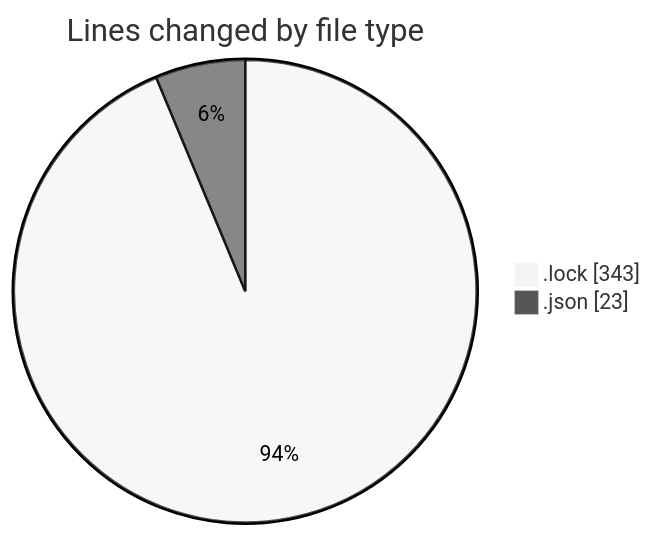
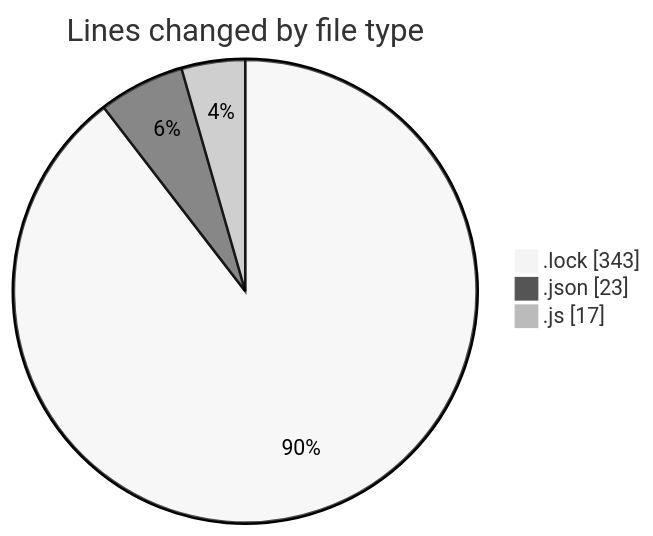
One commit to momahboobian/code-tracking changed the first of 2 diagrams in 2025-01-30/cda/README.md. Above: the diagram before and after it, drawn with Mermaid (neutral theme). The commit also changed other lines of this file and 1 other file, not shown here.

````diff
--- a/2025-01-30/cda/README.md
+++ b/2025-01-30/cda/README.md
@@ -21,6 +22,7 @@
 ```mermaid
 pie showData
 title Lines changed by file type
 ".lock" : 343
 ".json" : 23
+".js" : 17
 ```
````
